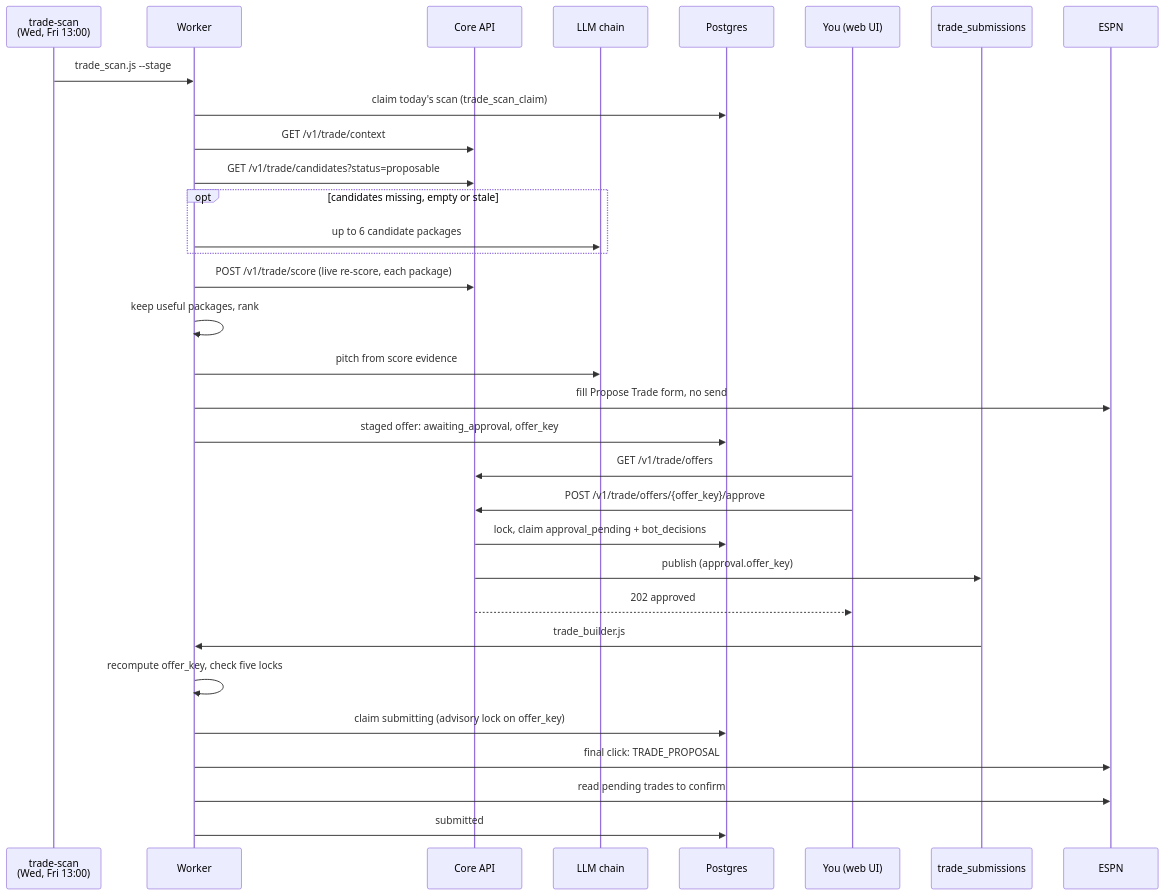
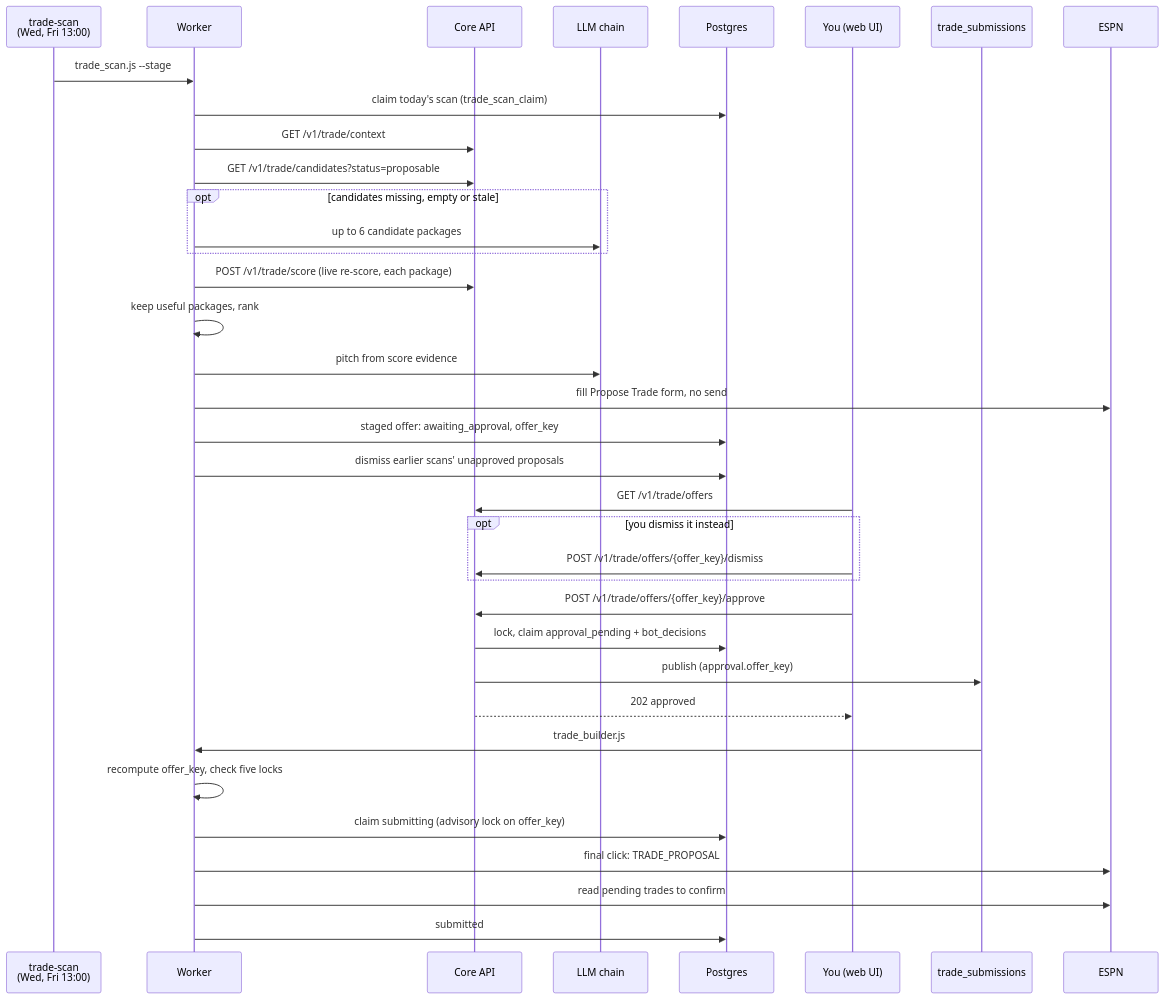
The first of 2 diagrams in docs/overview/flows/outgoing-trades.md (cvillarr23/fantasy-project), drawn with Mermaid before and after one commit. The commit also changed other lines of this file, not shown here.

Commit message:
Document that each trade scan replaces unapproved proposals (#110)

````diff
--- a/docs/overview/flows/outgoing-trades.md
+++ b/docs/overview/flows/outgoing-trades.md
@@ -9,34 +9,38 @@
 ```mermaid
 sequenceDiagram
     participant CJ as trade-scan<br/>(Wed, Fri 13:00)
     participant W as Worker
     participant API as Core API
     participant L as LLM chain
     participant DB as Postgres
     participant U as You (web UI)
     participant MQ as trade_submissions
     participant E as ESPN
     CJ->>W: trade_scan.js --stage
     W->>DB: claim today's scan (trade_scan_claim)
     W->>API: GET /v1/trade/context
     W->>API: GET /v1/trade/candidates?status=proposable
     opt candidates missing, empty or stale
         W->>L: up to 6 candidate packages
     end
     W->>API: POST /v1/trade/score (live re-score, each package)
     W->>W: keep useful packages, rank
     W->>L: pitch from score evidence
     W->>E: fill Propose Trade form, no send
     W->>DB: staged offer: awaiting_approval, offer_key
+    W->>DB: dismiss earlier scans' unapproved proposals
     U->>API: GET /v1/trade/offers
+    opt you dismiss it instead
+        U->>API: POST /v1/trade/offers/{offer_key}/dismiss
+    end
     U->>API: POST /v1/trade/offers/{offer_key}/approve
     API->>DB: lock, claim approval_pending + bot_decisions
     API->>MQ: publish (approval.offer_key)
     API-->>U: 202 approved
     MQ->>W: trade_builder.js
     W->>W: recompute offer_key, check five locks
     W->>DB: claim submitting (advisory lock on offer_key)
     W->>E: final click: TRADE_PROPOSAL
     W->>E: read pending trades to confirm
     W->>DB: submitted
 ```
````
